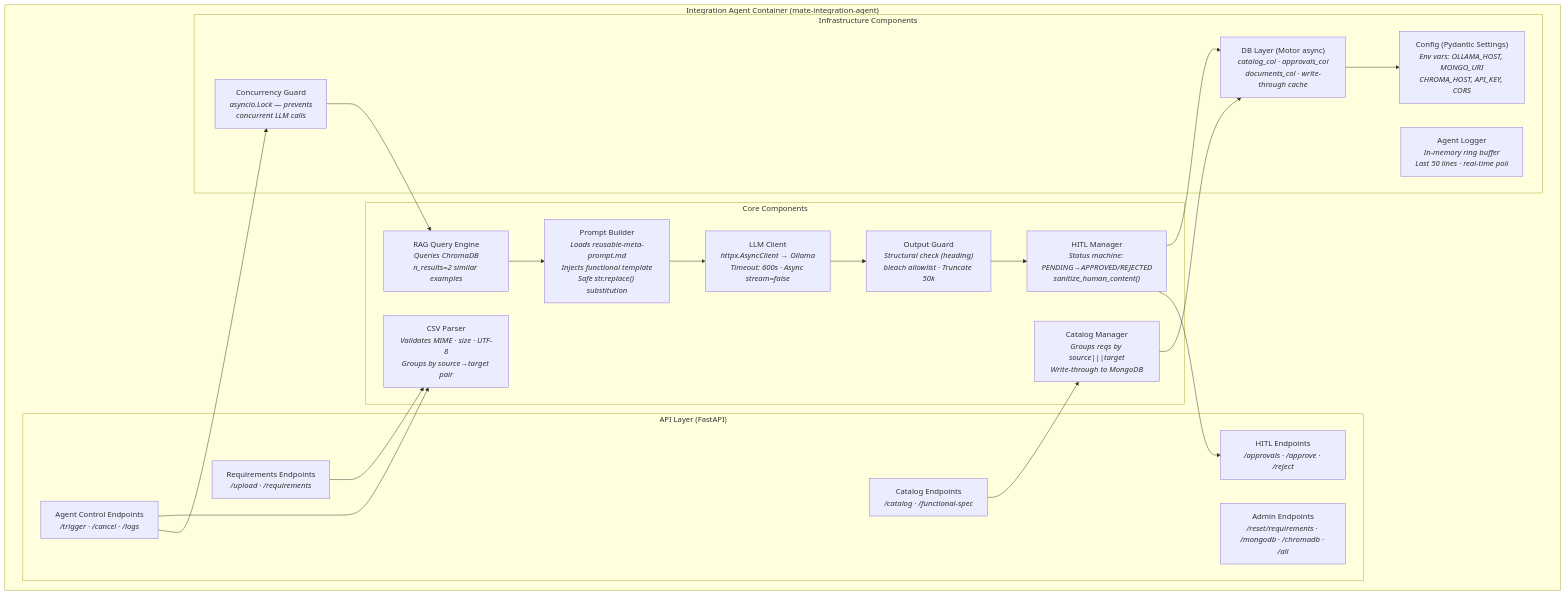
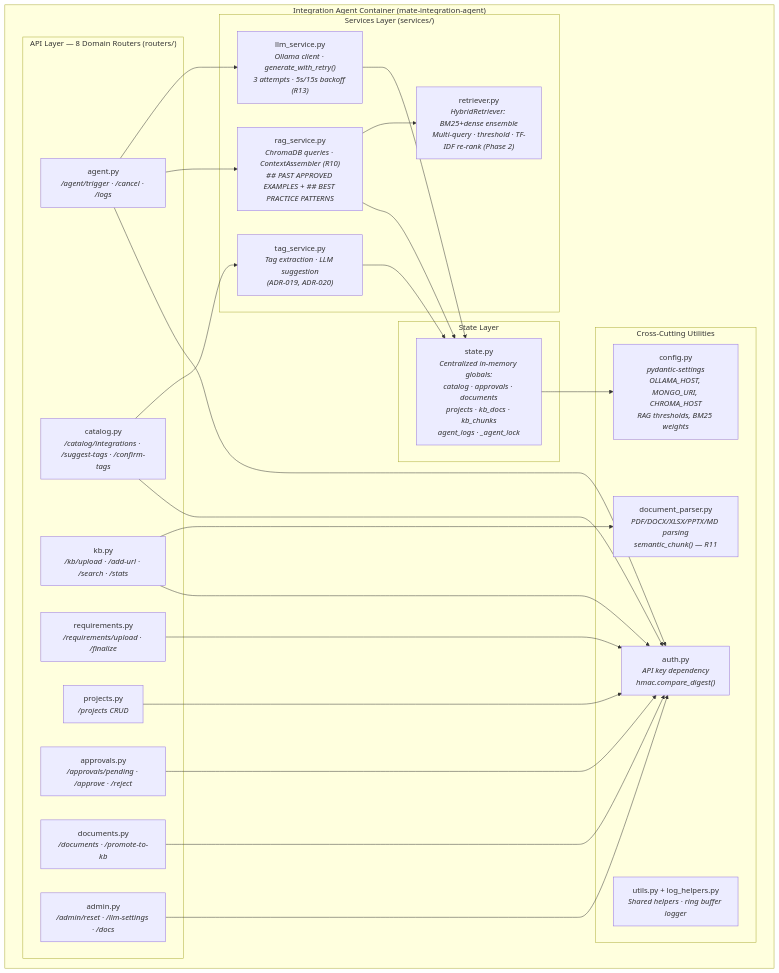
The third of 23 diagrams in docs/architecture_specification.md (emigritti/mate-poc), drawn with Mermaid before and after one commit. The commit also changed other lines of this file and 6 other files, not shown here.

First line of the commit message:
docs: update functional guide and architecture spec for Phase 1+2

````diff
--- a/docs/architecture_specification.md
+++ b/docs/architecture_specification.md
@@ -209,45 +211,44 @@
 ```mermaid
 graph TB
     subgraph agent_container["Integration Agent Container (mate-integration-agent)"]
 
-        subgraph api["API Layer (FastAPI)"]
-            ep_req["Requirements Endpoints<br/><i>/upload · /requirements</i>"]
-            ep_agent["Agent Control Endpoints<br/><i>/trigger · /cancel · /logs</i>"]
-            ep_catalog["Catalog Endpoints<br/><i>/catalog · /functional-spec</i>"]
-            ep_hitl["HITL Endpoints<br/><i>/approvals · /approve · /reject</i>"]
-            ep_admin["Admin Endpoints<br/><i>/reset/requirements · /mongodb · /chromadb · /all</i>"]
+        subgraph api_layer["API Layer — 8 Domain Routers (routers/)"]
+            r_agent["agent.py<br/><i>/agent/trigger · /cancel · /logs</i>"]
+            r_req["requirements.py<br/><i>/requirements/upload · /finalize</i>"]
+            r_proj["projects.py<br/><i>/projects CRUD</i>"]
+            r_cat["catalog.py<br/><i>/catalog/integrations · /suggest-tags · /confirm-tags</i>"]
+            r_appr["approvals.py<br/><i>/approvals/pending · /approve · /reject</i>"]
+            r_docs["documents.py<br/><i>/documents · /promote-to-kb</i>"]
+            r_kb["kb.py<br/><i>/kb/upload · /add-url · /search · /stats</i>"]
+            r_admin["admin.py<br/><i>/admin/reset · /llm-settings · /docs</i>"]
         end
 
-        subgraph core_components["Core Components"]
-            csv_parser["CSV Parser<br/><i>Validates MIME · size · UTF-8<br/>Groups by source→target pair</i>"]
-            rag_query["RAG Query Engine<br/><i>Queries ChromaDB<br/>n_results=2 similar examples</i>"]
-            prompt_builder["Prompt Builder<br/><i>Loads reusable-meta-prompt.md<br/>Injects functional template<br/>Safe str.replace() substitution</i>"]
-            llm_client["LLM Client<br/><i>httpx.AsyncClient → Ollama<br/>Timeout: 600s · Async stream=false</i>"]
-            output_guard["Output Guard<br/><i>Structural check (heading)<br/>bleach allowlist · Truncate 50k</i>"]
-            hitl_manager["HITL Manager<br/><i>Status machine: PENDING→APPROVED/REJECTED<br/>sanitize_human_content()</i>"]
-            catalog_mgr["Catalog Manager<br/><i>Groups reqs by source|||target<br/>Write-through to MongoDB</i>"]
+        subgraph svc_layer["Services Layer (services/)"]
+            llm_svc["llm_service.py<br/><i>Ollama client · generate_with_retry()<br/>3 attempts · 5s/15s backoff (R13)</i>"]
+            rag_svc["rag_service.py<br/><i>ChromaDB queries · ContextAssembler (R10)<br/>## PAST APPROVED EXAMPLES + ## BEST PRACTICE PATTERNS</i>"]
+            tag_svc["tag_service.py<br/><i>Tag extraction · LLM suggestion<br/>(ADR-019, ADR-020)</i>"]
+            retriever["retriever.py<br/><i>HybridRetriever: BM25+dense ensemble<br/>Multi-query · threshold · TF-IDF re-rank (Phase 2)</i>"]
         end
 
-        subgraph infra_components["Infrastructure Components"]
-            config["Config (Pydantic Settings)<br/><i>Env vars: OLLAMA_HOST, MONGO_URI<br/>CHROMA_HOST, API_KEY, CORS</i>"]
-            db["DB Layer (Motor async)<br/><i>catalog_col · approvals_col<br/>documents_col · write-through cache</i>"]
-            lock["Concurrency Guard<br/><i>asyncio.Lock — prevents<br/>concurrent LLM calls</i>"]
-            logger["Agent Logger<br/><i>In-memory ring buffer<br/>Last 50 lines · real-time poll</i>"]
+        subgraph state_layer["State Layer"]
+            state["state.py<br/><i>Centralized in-memory globals:<br/>catalog · approvals · documents<br/>projects · kb_docs · kb_chunks<br/>agent_logs · _agent_lock</i>"]
+        end
+
+        subgraph cross_cut["Cross-Cutting Utilities"]
+            auth["auth.py<br/><i>API key dependency<br/>hmac.compare_digest()</i>"]
+            config["config.py<br/><i>pydantic-settings<br/>OLLAMA_HOST, MONGO_URI, CHROMA_HOST<br/>RAG thresholds, BM25 weights</i>"]
+            utils["utils.py + log_helpers.py<br/><i>Shared helpers · ring buffer logger</i>"]
+            doc_parser["document_parser.py<br/><i>PDF/DOCX/XLSX/PPTX/MD parsing<br/>semantic_chunk() — R11</i>"]
         end
 
     end
 
-    ep_agent --> csv_parser
-    ep_agent --> lock
-    lock --> rag_query
-    rag_query --> prompt_builder
-    prompt_builder --> llm_client
-    llm_client --> output_guard
-    output_guard --> hitl_manager
-    hitl_manager --> db
-    hitl_manager --> ep_hitl
-    ep_req --> csv_parser
-    ep_catalog --> catalog_mgr
-    catalog_mgr --> db
-    db --> config
+    r_agent --> llm_svc
+    r_agent --> rag_svc
+    rag_svc --> retriever
+    r_cat --> tag_svc
+    r_kb --> doc_parser
+    llm_svc & rag_svc & tag_svc --> state
+    r_agent & r_req & r_proj & r_cat & r_appr & r_docs & r_kb & r_admin --> auth
+    state --> config
 ```
````
